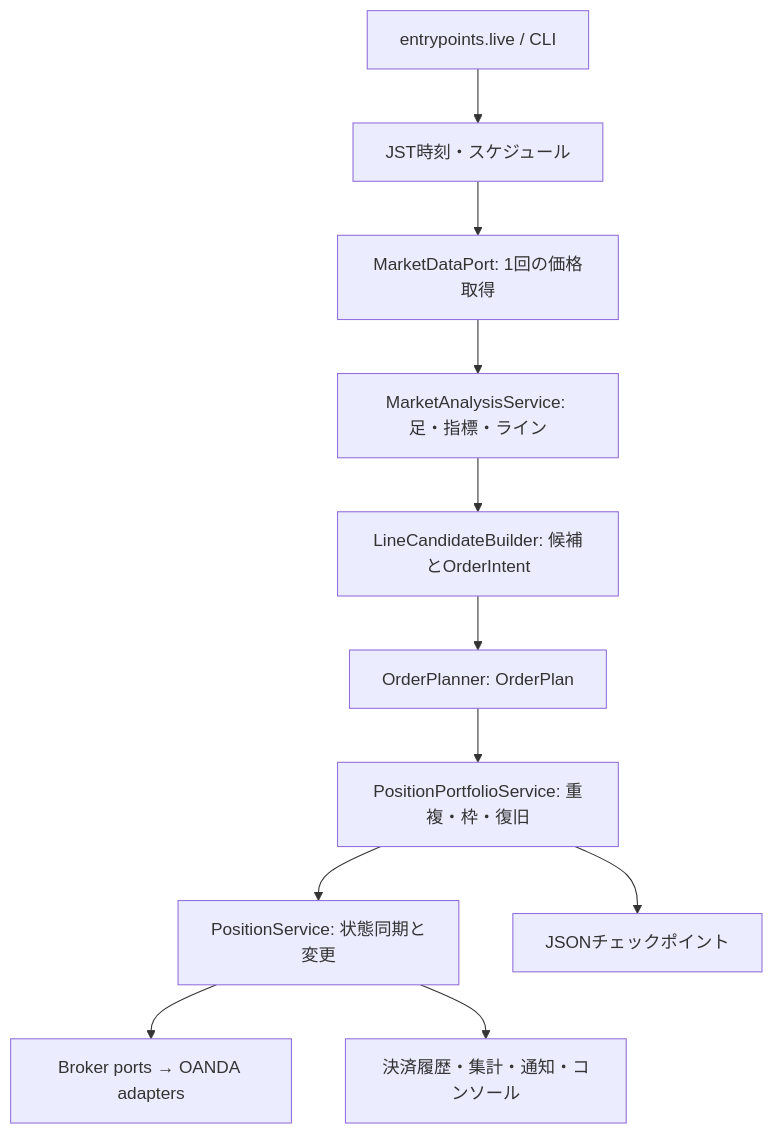
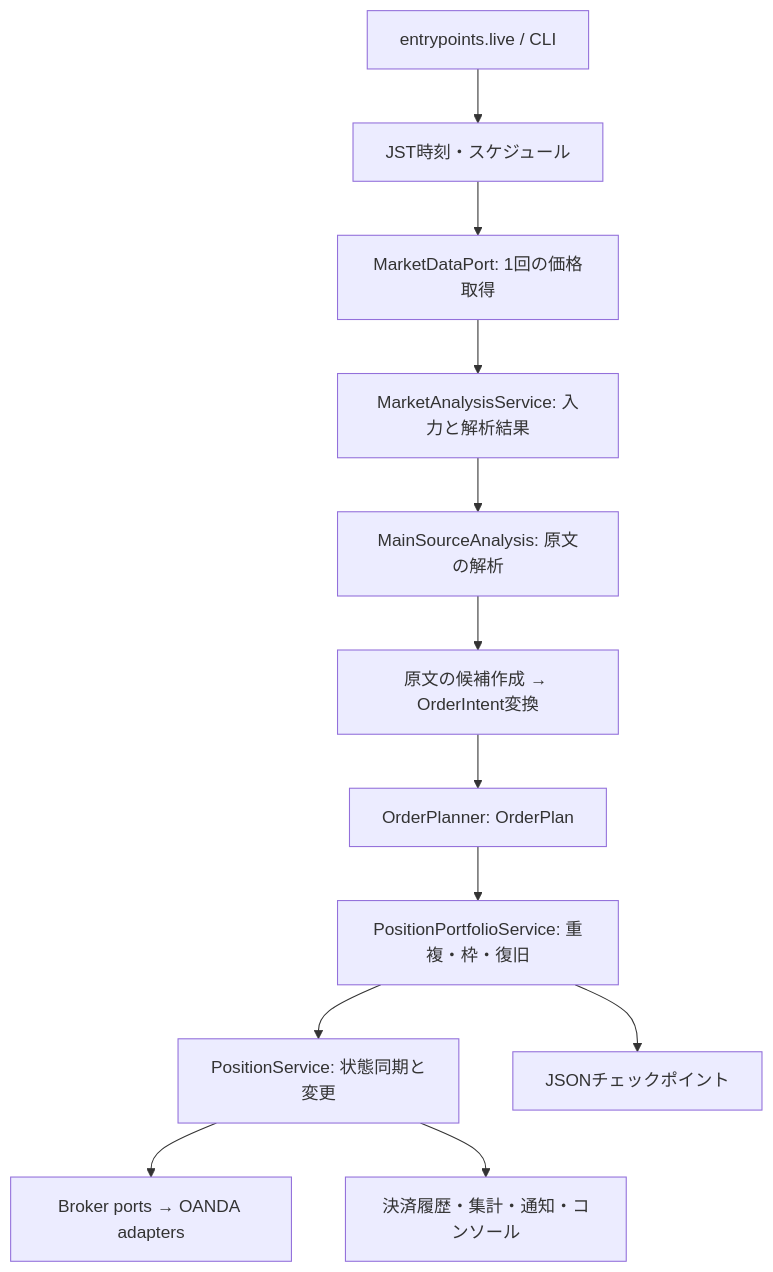
The diagram in docs/structure.md (KojiTerashima/ogamiOanda), drawn with Mermaid before and after one commit. The commit also changed other lines of this file and 45 other files, not shown here.

Commit message:
feat: integrate main analysis through a direct-source adapter

````diff
--- a/docs/structure.md
+++ b/docs/structure.md
@@ -65,13 +66,14 @@
 ```mermaid
 flowchart TD
     CLI[entrypoints.live / CLI] --> CLOCK[JST時刻・スケジュール]
     CLOCK --> QUOTE[MarketDataPort: 1回の価格取得]
-    QUOTE --> ANALYSIS[MarketAnalysisService: 足・指標・ライン]
-    ANALYSIS --> STRATEGY[LineCandidateBuilder: 候補とOrderIntent]
+    QUOTE --> ANALYSIS[MarketAnalysisService: 入力と解析結果]
+    ANALYSIS --> SOURCE[MainSourceAnalysis: 原文の解析]
+    SOURCE --> STRATEGY[原文の候補作成 → OrderIntent変換]
     STRATEGY --> PLAN[OrderPlanner: OrderPlan]
     PLAN --> PORTFOLIO[PositionPortfolioService: 重複・枠・復旧]
     PORTFOLIO --> POSITION[PositionService: 状態同期と変更]
     POSITION --> BROKER[Broker ports → OANDA adapters]
     PORTFOLIO --> STATE[JSONチェックポイント]
     POSITION --> REPORT[決済履歴・集計・通知・コンソール]
 ```
````
